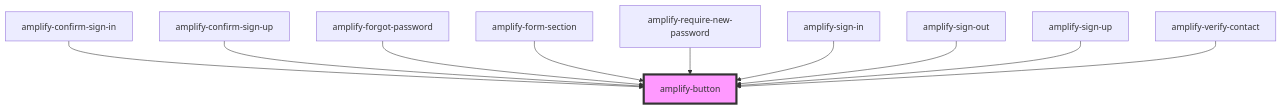
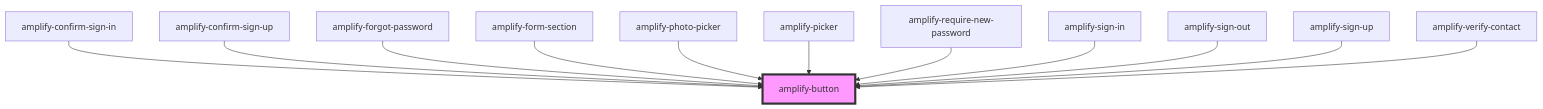
One commit to OneDev0411/amplify-js changed the diagram in packages/amplify-ui-components/src/components/amplify-button/readme.md. Above: the diagram before and after it, drawn with Mermaid. The commit also changed other lines of this file and 19 other files, not shown here.

````diff
--- a/packages/amplify-ui-components/src/components/amplify-button/readme.md
+++ b/packages/amplify-ui-components/src/components/amplify-button/readme.md
@@ -31,13 +33,15 @@
 ```mermaid
 graph TD;
   amplify-confirm-sign-in --> amplify-button
   amplify-confirm-sign-up --> amplify-button
   amplify-forgot-password --> amplify-button
   amplify-form-section --> amplify-button
+  amplify-photo-picker --> amplify-button
+  amplify-picker --> amplify-button
   amplify-require-new-password --> amplify-button
   amplify-sign-in --> amplify-button
   amplify-sign-out --> amplify-button
   amplify-sign-up --> amplify-button
   amplify-verify-contact --> amplify-button
   style amplify-button fill:#f9f,stroke:#333,stroke-width:4px
 ```
````
